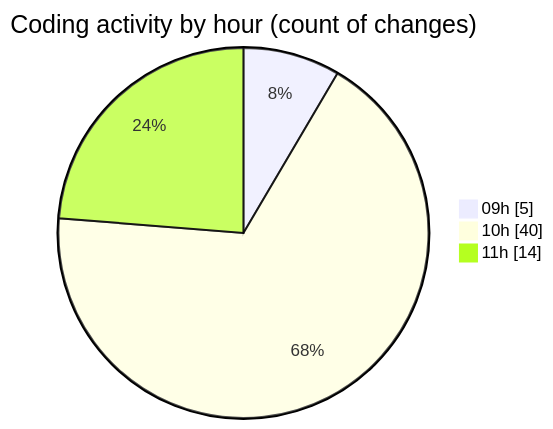
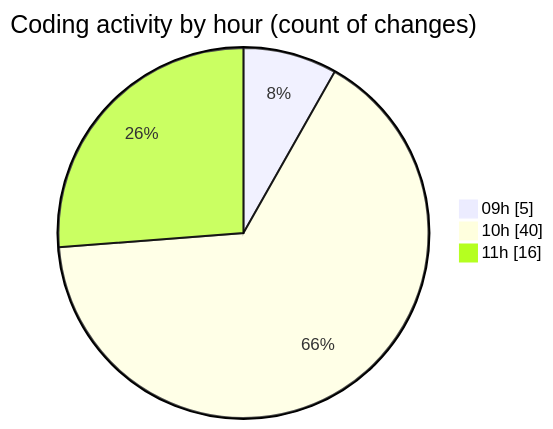
Before and after one commit to CELIANVF/code-tracking: the second of 2 diagrams in 2025-06-02/ecodeli-1/README.md, drawn with Mermaid. The commit also changed other lines of this file and 1 other file, not shown here.

````diff
--- a/2025-06-02/ecodeli-1/README.md
+++ b/2025-06-02/ecodeli-1/README.md
@@ -69,7 +70,7 @@
 ```mermaid
 pie showData
 title Coding activity by hour (count of changes)
 "09h" : 5
 "10h" : 40
-"11h" : 14
+"11h" : 16
 ```
````
